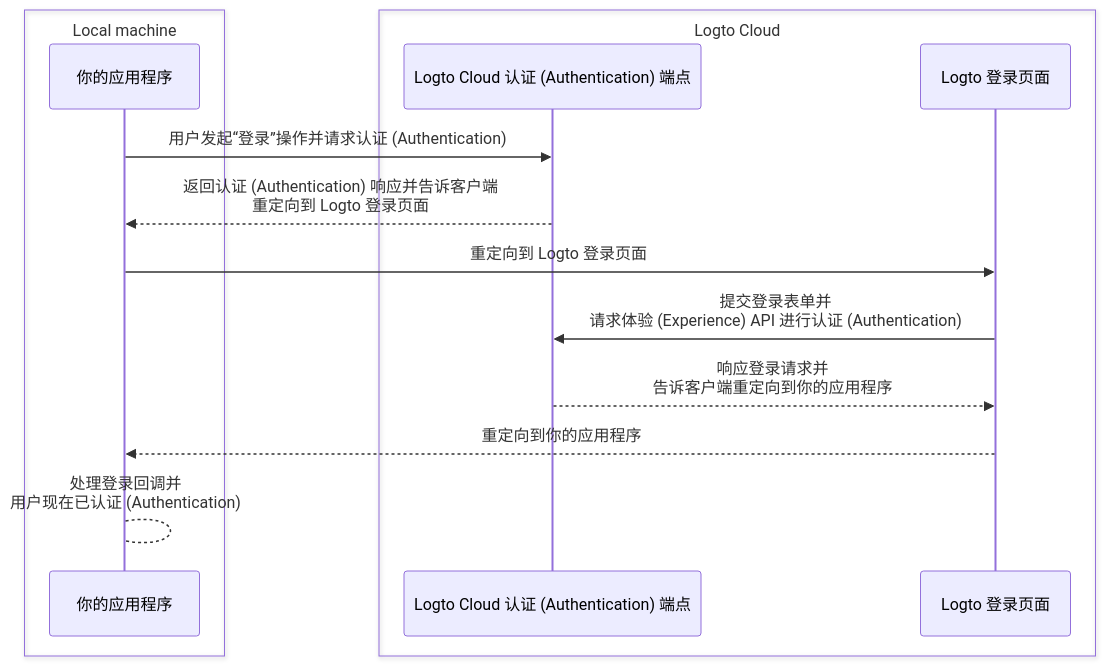
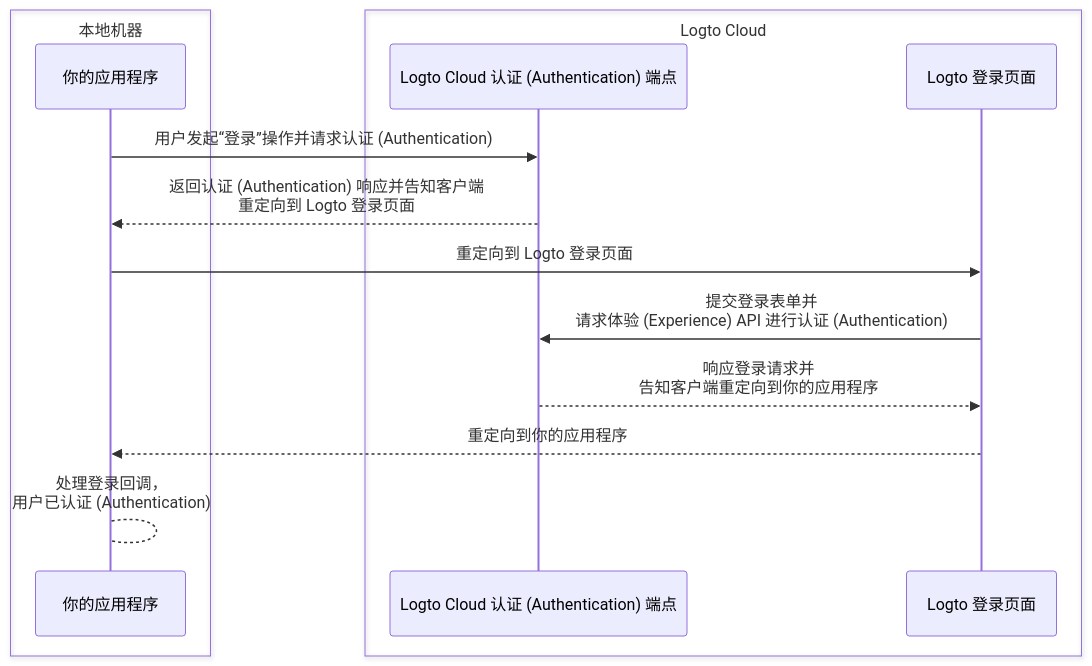
Before and after one commit to logto-io/docs: the first of 2 diagrams in i18n/zh-CN/docusaurus-plugin-content-docs/current/customization/bring-your-ui/debug-and-test-your-custom-ui-locally.mdx, drawn with Mermaid. The commit also changed other lines of this file and 666 other files, not shown here.

````diff
--- a/i18n/zh-CN/docusaurus-plugin-content-docs/current/customization/bring-your-ui/debug-and-test-your-custom-ui-locally.mdx
+++ b/i18n/zh-CN/docusaurus-plugin-content-docs/current/customization/bring-your-ui/debug-and-test-your-custom-ui-locally.mdx
@@ -18,17 +19,17 @@
 ```mermaid
 sequenceDiagram
-    box Local machine
+    box 本地机器
     participant A as 你的应用程序
     end
     box Logto Cloud
     participant B as Logto Cloud 认证 (Authentication) 端点
     participant C as Logto 登录页面
     end
     A ->> B: 用户发起“登录”操作并请求认证 (Authentication)
-    B -->> A: 返回认证 (Authentication) 响应并告诉客户端<br/>重定向到 Logto 登录页面
+    B -->> A: 返回认证 (Authentication) 响应并告知客户端<br/>重定向到 Logto 登录页面
     A ->> C: 重定向到 Logto 登录页面
     C ->> B: 提交登录表单并<br/>请求体验 (Experience) API 进行认证 (Authentication)
-    B -->> C: 响应登录请求并<br/>告诉客户端重定向到你的应用程序
+    B -->> C: 响应登录请求并<br/>告知客户端重定向到你的应用程序
     C -->> A: 重定向到你的应用程序
-    A --> A: 处理登录回调并<br/>用户现在已认证 (Authentication)
+    A --> A: 处理登录回调，<br/>用户已认证 (Authentication)
 ```
````
